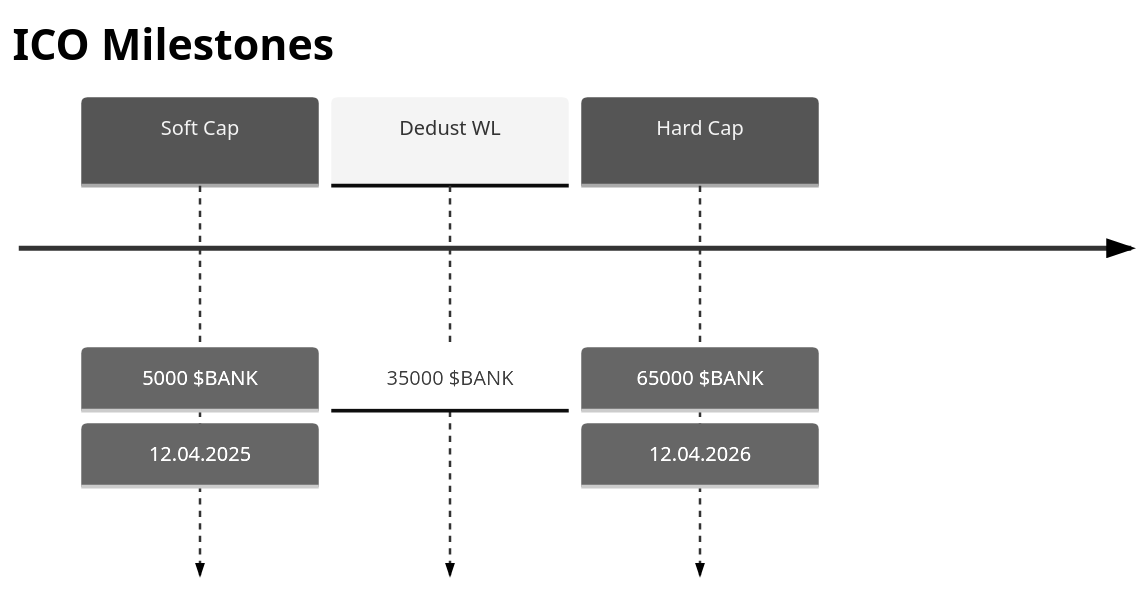
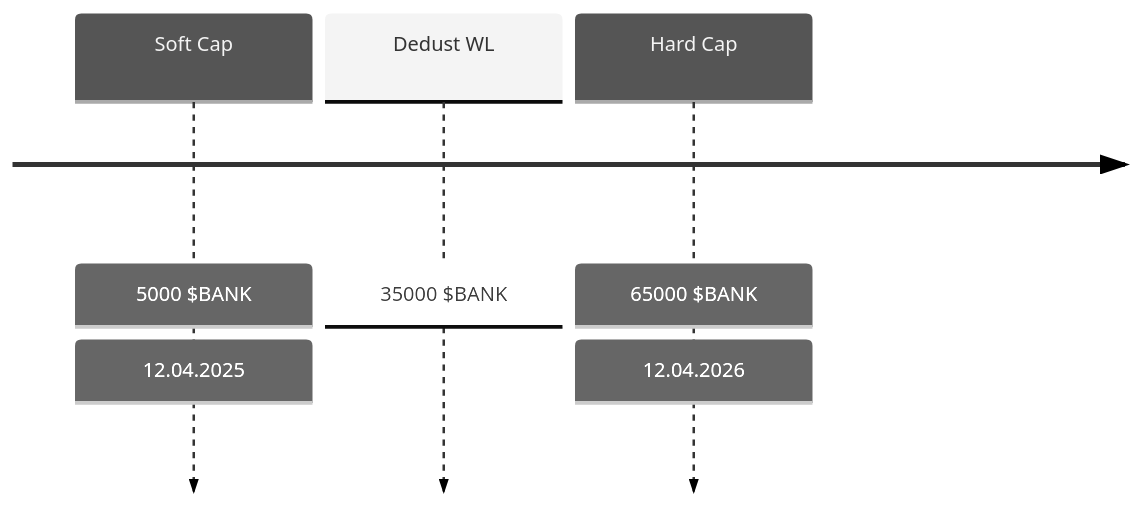
The second of 3 diagrams in docs/token/litepaper/tokenomiks.md (Lucky-Bank/.github), drawn with Mermaid (neutral theme) before and after one commit. The commit also changed other lines of this file and 5 other files, not shown here.

````diff
--- a/docs/token/litepaper/tokenomiks.md
+++ b/docs/token/litepaper/tokenomiks.md
@@ -84,7 +86,6 @@
 ```mermaid
 timeline
-    title ICO Milestones
     Soft Cap : 5000 $BANK : 12.04.2025
     Dedust WL : 35000 $BANK 
     Hard Cap : 65000 $BANK : 12.04.2026
 ```
````
